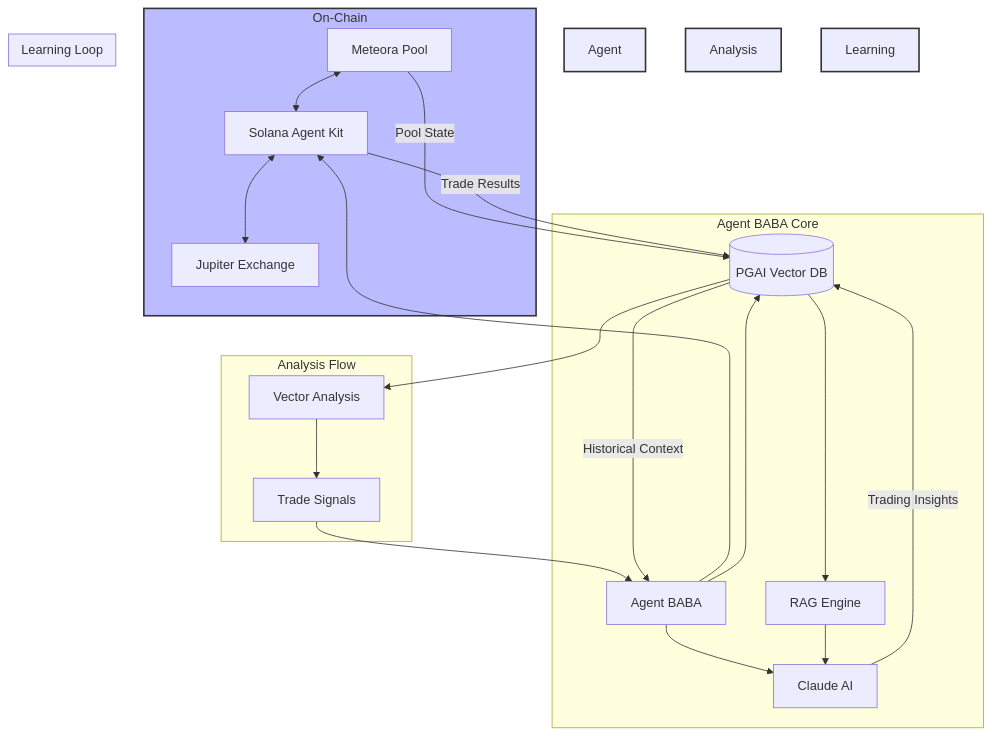
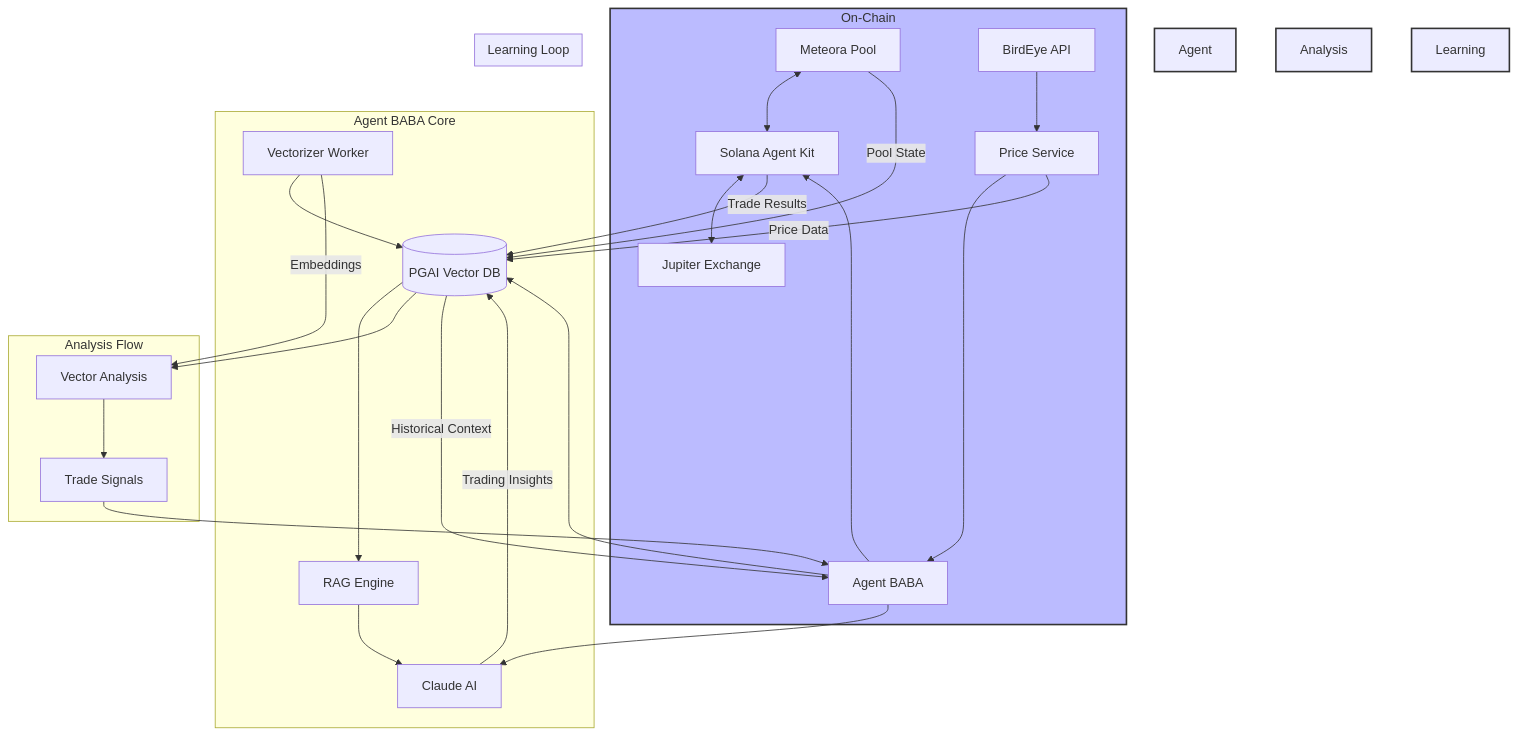
The diagram in README.md (botmechanic/agent-baba), drawn with Mermaid before and after one commit. The commit also changed other lines of this file, not shown here.

````diff
--- a/README.md
+++ b/README.md
@@ -17,33 +17,38 @@
 ```mermaid
 flowchart TB
     subgraph On-Chain
         MP[Meteora Pool] <--> SA[Solana Agent Kit]
         SA <--> JE[Jupiter Exchange]
+        BE[BirdEye API] --> PS[Price Service]
+        PS --> AB
     end
 
     subgraph Agent BABA Core
         AB[Agent BABA] --> SA
         AB --> DB[(PGAI Vector DB)]
         AB --> CA[Claude AI]
         DB --> RAG[RAG Engine]
         RAG --> CA
+        VW[Vectorizer Worker] --> DB
     end
 
     subgraph Analysis Flow
         DB --> VA[Vector Analysis]
         VA --> TS[Trade Signals]
         TS --> AB
+        VW --> |Embeddings| VA
     end
 
     subgraph Learning Loop
         MP --> |Pool State| DB
         SA --> |Trade Results| DB
         CA --> |Trading Insights| DB
         DB --> |Historical Context| AB
+        PS --> |Price Data| DB
     end
 
     style Agent BABA Core fill:#f9f,stroke:#333,stroke-width:2px
     style On-Chain fill:#bbf,stroke:#333,stroke-width:2px
     style Analysis Flow fill:#bfb,stroke:#333,stroke-width:2px
     style Learning Loop fill:#fbb,stroke:#333,stroke-width:2px
 ```
````
